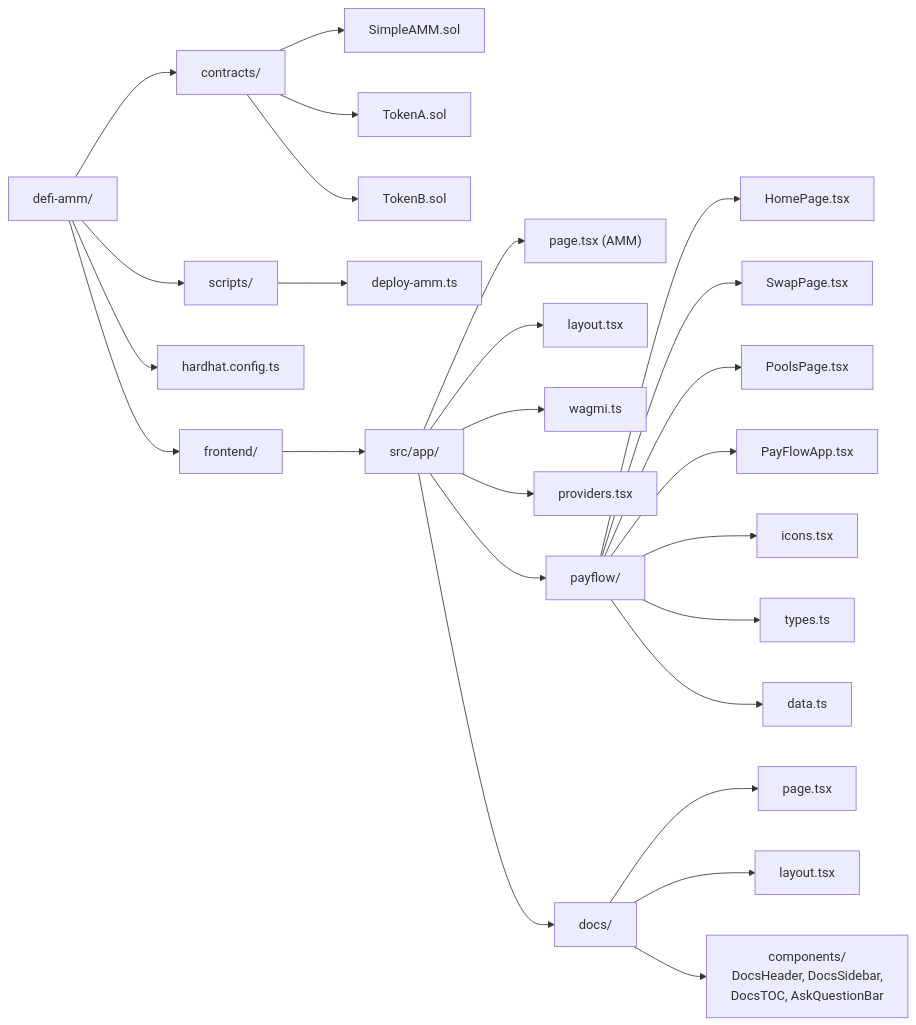
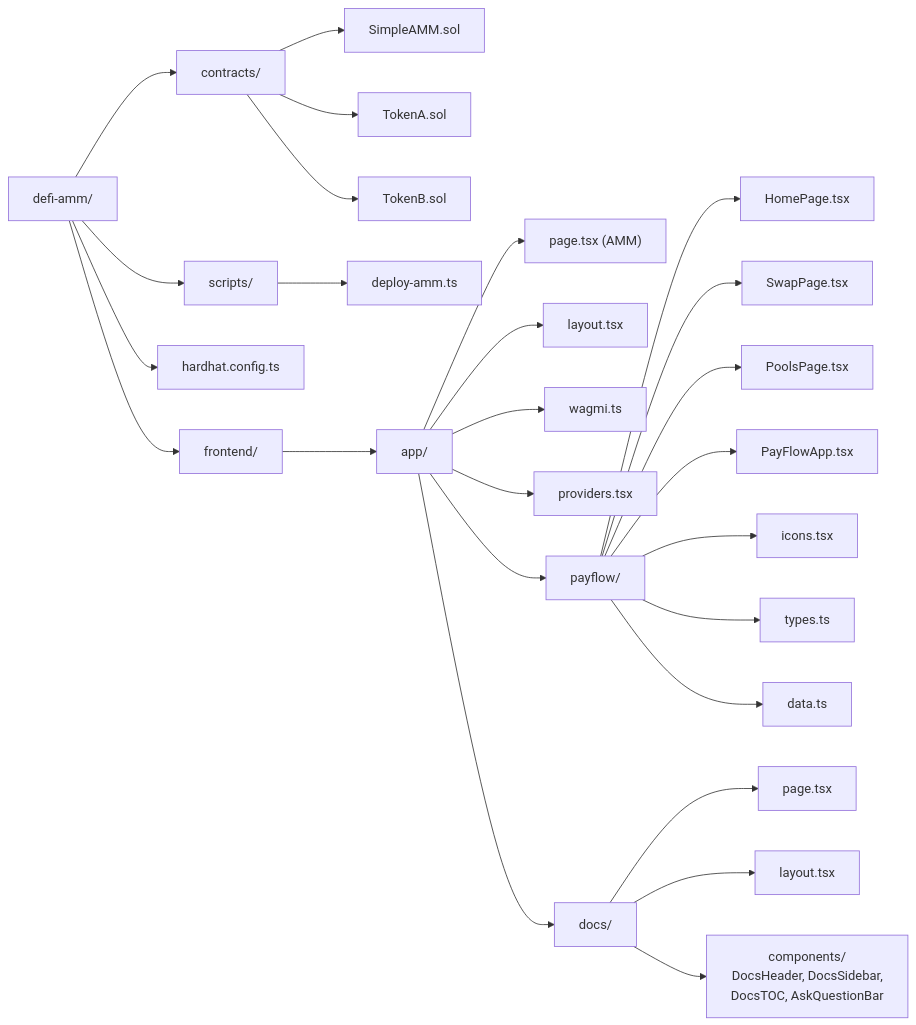
Before and after one commit to kk666679/defi-amm: the seventh of 8 diagrams in README.md, drawn with Mermaid. The commit also changed other lines of this file and 39 other files, not shown here.

````diff
--- a/README.md
+++ b/README.md
@@ -243,35 +251,35 @@
 ```mermaid
 graph LR
     Root["defi-amm/"]
 
     Root --> Contracts["contracts/"]
     Root --> Scripts["scripts/"]
     Root --> Config["hardhat.config.ts"]
     Root --> Frontend["frontend/"]
 
     Contracts --> AMM["SimpleAMM.sol"]
     Contracts --> TA["TokenA.sol"]
     Contracts --> TB["TokenB.sol"]
 
     Scripts --> Deploy["deploy-amm.ts"]
 
-    Frontend --> Src["src/app/"]
+    Frontend --> Src["app/"]
     Src --> Page["page.tsx (AMM)"]
     Src --> Layout["layout.tsx"]
     Src --> Wagmi["wagmi.ts"]
     Src --> Providers["providers.tsx"]
     Src --> Payflow["payflow/"]
     Src --> DocsDir["docs/"]
 
     Payflow --> HomeP["HomePage.tsx"]
     Payflow --> SwapP["SwapPage.tsx"]
     Payflow --> PoolsP["PoolsPage.tsx"]
     Payflow --> PFApp["PayFlowApp.tsx"]
     Payflow --> Icons["icons.tsx"]
     Payflow --> Types["types.ts"]
     Payflow --> Data["data.ts"]
 
     DocsDir --> DocsPage["page.tsx"]
     DocsDir --> DocsLayout["layout.tsx"]
     DocsDir --> DocsComp["components/<br/>DocsHeader, DocsSidebar,<br/>DocsTOC, AskQuestionBar"]
 ```
````
